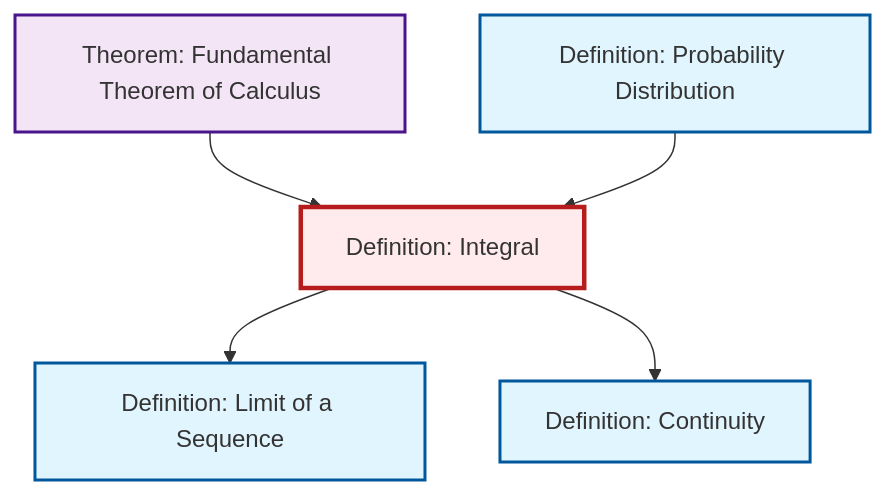
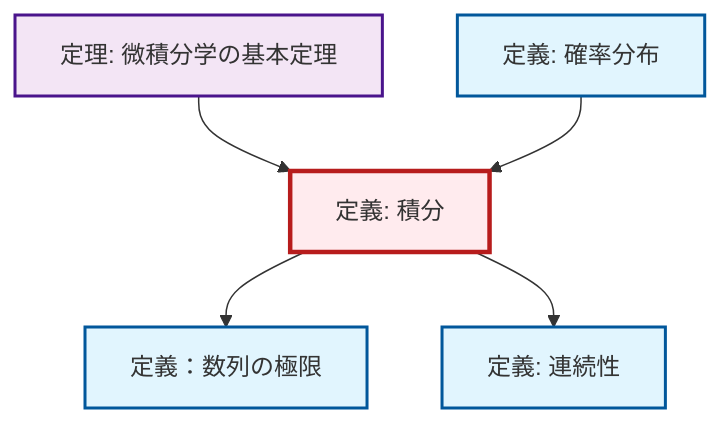
Before and after one commit to RK0429/ModernMath: the diagram in content/ja/analysis/def-integral.qmd, drawn with Mermaid. The commit also changed 1069 other files, not shown here.

````diff
--- a/content/ja/analysis/def-integral.qmd
+++ b/content/ja/analysis/def-integral.qmd
@@ -82,23 +82,23 @@
 ```{mermaid}
 %%| fig-cap: "Local dependency graph"
 graph TD
     classDef definition fill:#e1f5fe,stroke:#01579b,stroke-width:2px
     classDef theorem fill:#f3e5f5,stroke:#4a148c,stroke-width:2px
     classDef axiom fill:#fff3e0,stroke:#e65100,stroke-width:2px
     classDef example fill:#e8f5e9,stroke:#1b5e20,stroke-width:2px
     classDef current fill:#ffebee,stroke:#b71c1c,stroke-width:3px
-    def-probability-distribution["Definition: Probability Distribution"]:::definition
-    def-continuity["Definition: Continuity"]:::definition
-    thm-fundamental-calculus["Theorem: Fundamental Theorem of Calculus"]:::theorem
-    def-limit["Definition: Limit of a Sequence"]:::definition
-    def-integral["Definition: Integral"]:::definition
+    def-integral["定義: 積分"]:::definition
+    def-limit["定義：数列の極限"]:::definition
+    thm-fundamental-calculus["定理: 微積分学の基本定理"]:::theorem
+    def-continuity["定義: 連続性"]:::definition
+    def-probability-distribution["定義: 確率分布"]:::definition
     def-integral --> def-limit
     thm-fundamental-calculus --> def-integral
+    def-probability-distribution --> def-integral
     def-integral --> def-continuity
-    def-probability-distribution --> def-integral
     class def-integral current
-    click def-probability-distribution "def-probability-distribution.html" "Definition: Probability Distributionへ"
-    click def-continuity "def-continuity.html" "Definition: Continuityへ"
-    click thm-fundamental-calculus "thm-fundamental-calculus.html" "Theorem: Fundamental Theorem of Calculusへ"
-    click def-limit "def-limit.html" "Definition: Limit of a Sequenceへ"
+    click def-limit "def-limit.html" "定義：数列の極限へ"
+    click thm-fundamental-calculus "thm-fundamental-calculus.html" "微積分学の基本定理の定理へ"
+    click def-continuity "def-continuity.html" "連続性の定義へ"
+    click def-probability-distribution "def-probability-distribution.html" "確率分布の定義へ"
 ```
````
